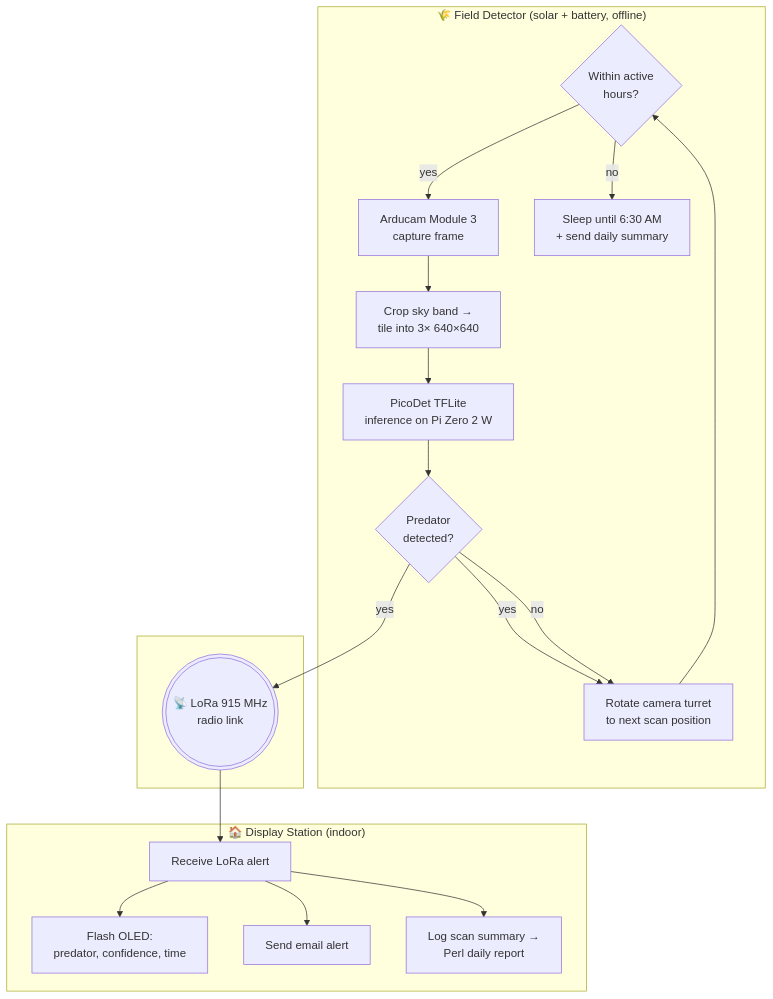
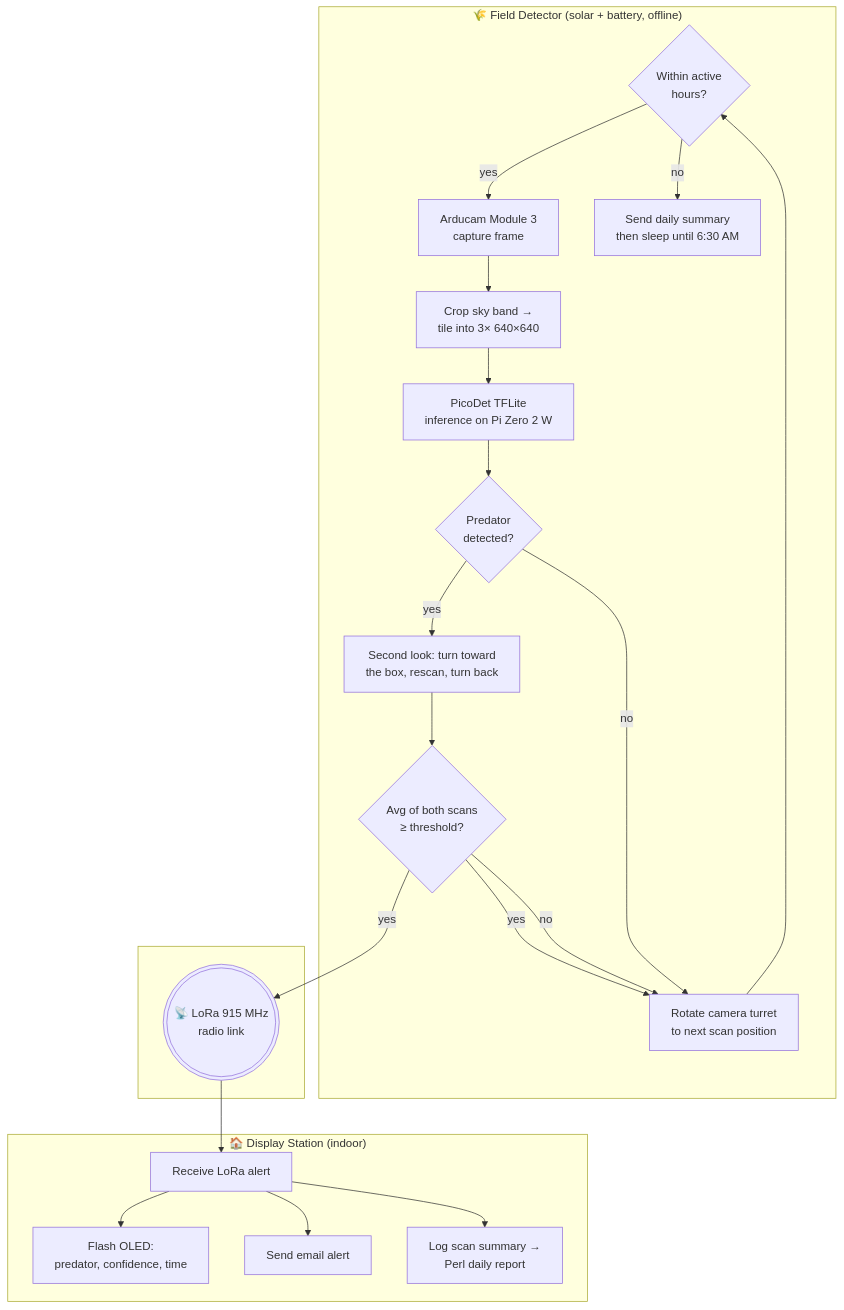
One commit to JZVince/spotpredator changed the diagram in README.md. Above: the diagram before and after it, drawn with Mermaid. The commit also changed other lines of this file and 20 other files, not shown here.

````diff
--- a/README.md
+++ b/README.md
@@ -106,35 +118,39 @@
 ```mermaid
 flowchart TD
     subgraph FIELD["🌾 Field Detector (solar + battery, offline)"]
         SCHED{Within active<br/>hours?}
         CAM[Arducam Module 3<br/>capture frame]
         CROP[Crop sky band →<br/>tile into 3× 640×640]
         YOLO[PicoDet TFLite<br/>inference on Pi Zero 2 W]
         HIT{Predator<br/>detected?}
+        VERIFY[Second look: turn toward<br/>the box, rescan, turn back]
+        OK{Avg of both scans<br/>≥ threshold?}
         MOTOR[Rotate camera turret<br/>to next scan position]
-        SLEEP[Sleep until 6:30 AM<br/>+ send daily summary]
+        SLEEP[Send daily summary<br/>then sleep until 6:30 AM]
     end
 
     subgraph LINK[" "]
         LORA(((📡 LoRa 915 MHz<br/>radio link)))
     end
 
     subgraph HOME["🏠 Display Station (indoor)"]
         RX[Receive LoRa alert]
         OLED[Flash OLED:<br/>predator, confidence, time]
         EMAIL[Send email alert]
         REPORT[Log scan summary →<br/>Perl daily report]
     end
 
     SCHED -- yes --> CAM
     SCHED -- no --> SLEEP
     CAM --> CROP --> YOLO --> HIT
-    HIT -- yes --> LORA
-    HIT -- yes --> MOTOR
+    HIT -- yes --> VERIFY --> OK
+    OK -- yes --> LORA
+    OK -- yes --> MOTOR
+    OK -- no --> MOTOR
     HIT -- no --> MOTOR
     MOTOR --> SCHED
     LORA --> RX
     RX --> OLED
     RX --> EMAIL
     RX --> REPORT
 ```
````
